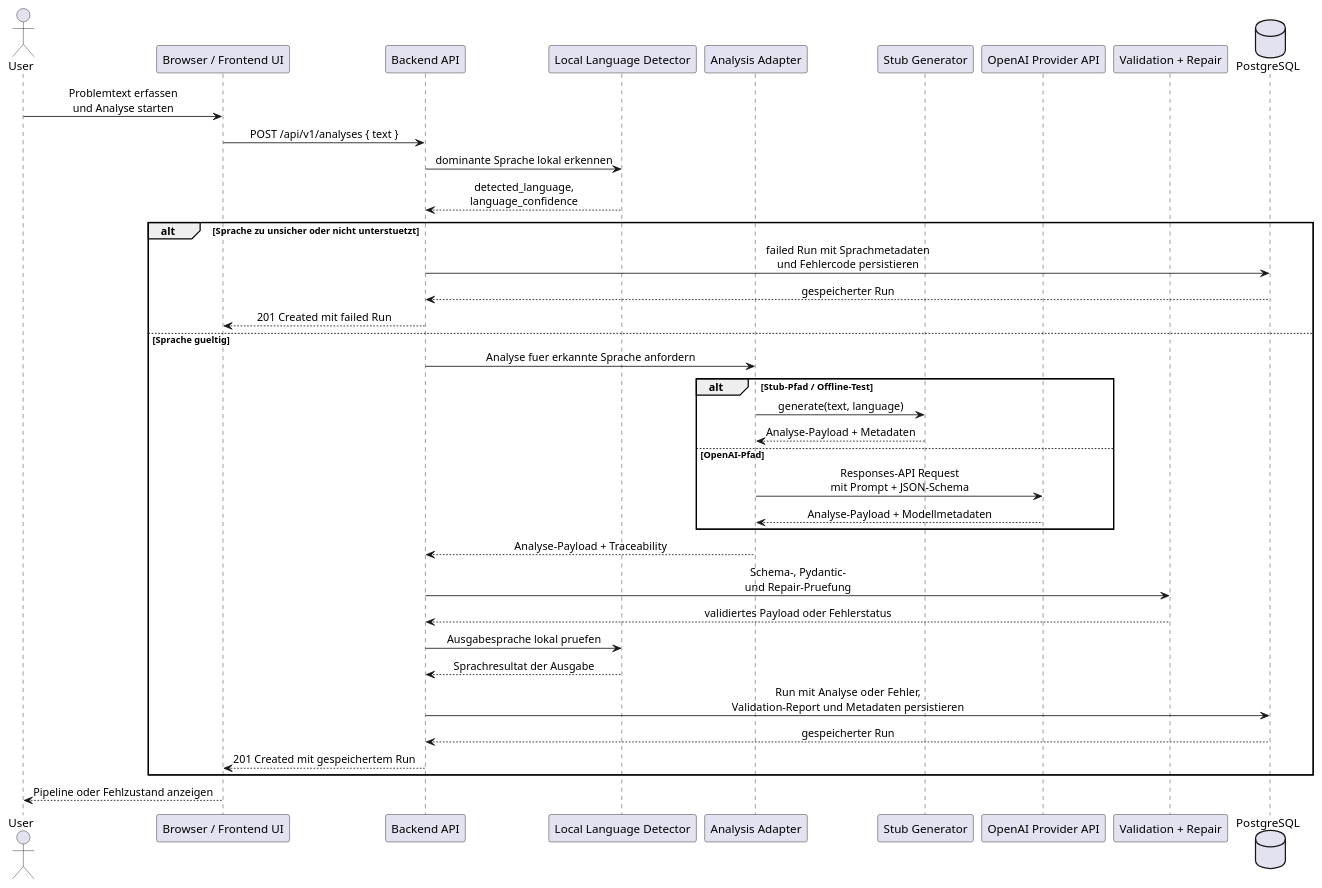
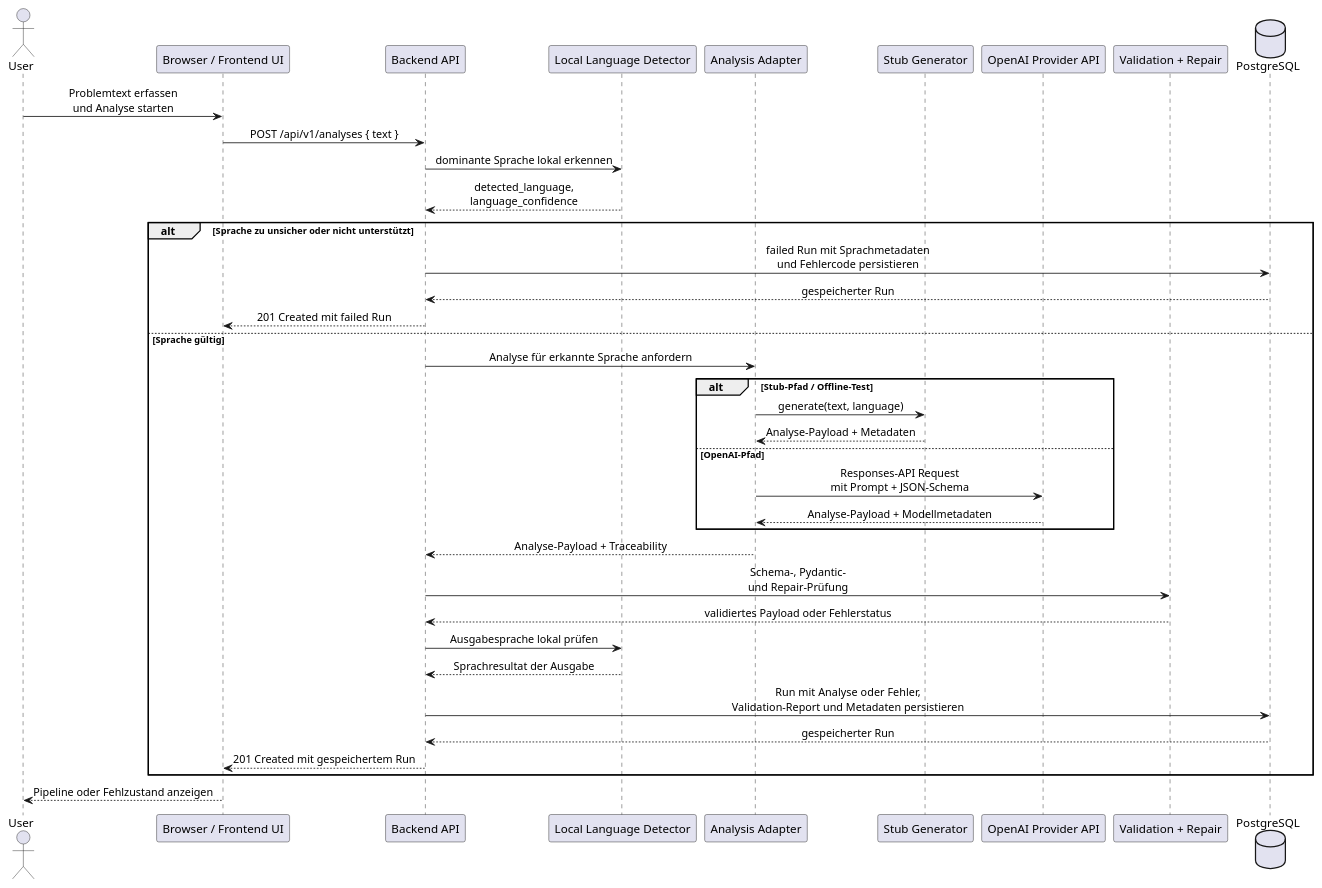
The diagram in docs/diagrams/uj1-sequence.puml (r0brt/scm-01), drawn with PlantUML before and after one commit. The commit also changed 6 other files, not shown here.

Commit message:
docs: wire diagrams into arc42 chapters

```diff
--- a/docs/diagrams/uj1-sequence.puml
+++ b/docs/diagrams/uj1-sequence.puml
@@ -1,46 +1,46 @@
 @startuml
 skinparam shadowing false
 skinparam sequenceMessageAlign center
 skinparam responseMessageBelowArrow true
 
 actor "User" as user
 participant "Browser / Frontend UI" as frontend
 participant "Backend API" as api
 participant "Local Language Detector" as detector
 participant "Analysis Adapter" as adapter
 participant "Stub Generator" as stub
 participant "OpenAI Provider API" as openai
 participant "Validation + Repair" as validation
 database "PostgreSQL" as db
 
 user -> frontend : Problemtext erfassen\nund Analyse starten
 frontend -> api : POST /api/v1/analyses { text }
 api -> detector : dominante Sprache lokal erkennen
 detector --> api : detected_language,\nlanguage_confidence
 
-alt Sprache zu unsicher oder nicht unterstuetzt
+alt Sprache zu unsicher oder nicht unterstützt
   api -> db : failed Run mit Sprachmetadaten\nund Fehlercode persistieren
   db --> api : gespeicherter Run
   api --> frontend : 201 Created mit failed Run
-else Sprache gueltig
-  api -> adapter : Analyse fuer erkannte Sprache anfordern
+else Sprache gültig
+  api -> adapter : Analyse für erkannte Sprache anfordern
   alt Stub-Pfad / Offline-Test
     adapter -> stub : generate(text, language)
     stub --> adapter : Analyse-Payload + Metadaten
   else OpenAI-Pfad
     adapter -> openai : Responses-API Request\nmit Prompt + JSON-Schema
     openai --> adapter : Analyse-Payload + Modellmetadaten
   end
   adapter --> api : Analyse-Payload + Traceability
-  api -> validation : Schema-, Pydantic-\nund Repair-Pruefung
+  api -> validation : Schema-, Pydantic-\nund Repair-Prüfung
   validation --> api : validiertes Payload oder Fehlerstatus
-  api -> detector : Ausgabesprache lokal pruefen
+  api -> detector : Ausgabesprache lokal prüfen
   detector --> api : Sprachresultat der Ausgabe
   api -> db : Run mit Analyse oder Fehler,\nValidation-Report und Metadaten persistieren
   db --> api : gespeicherter Run
   api --> frontend : 201 Created mit gespeichertem Run
 end
 
 frontend --> user : Pipeline oder Fehlzustand anzeigen
 
 @enduml
```
